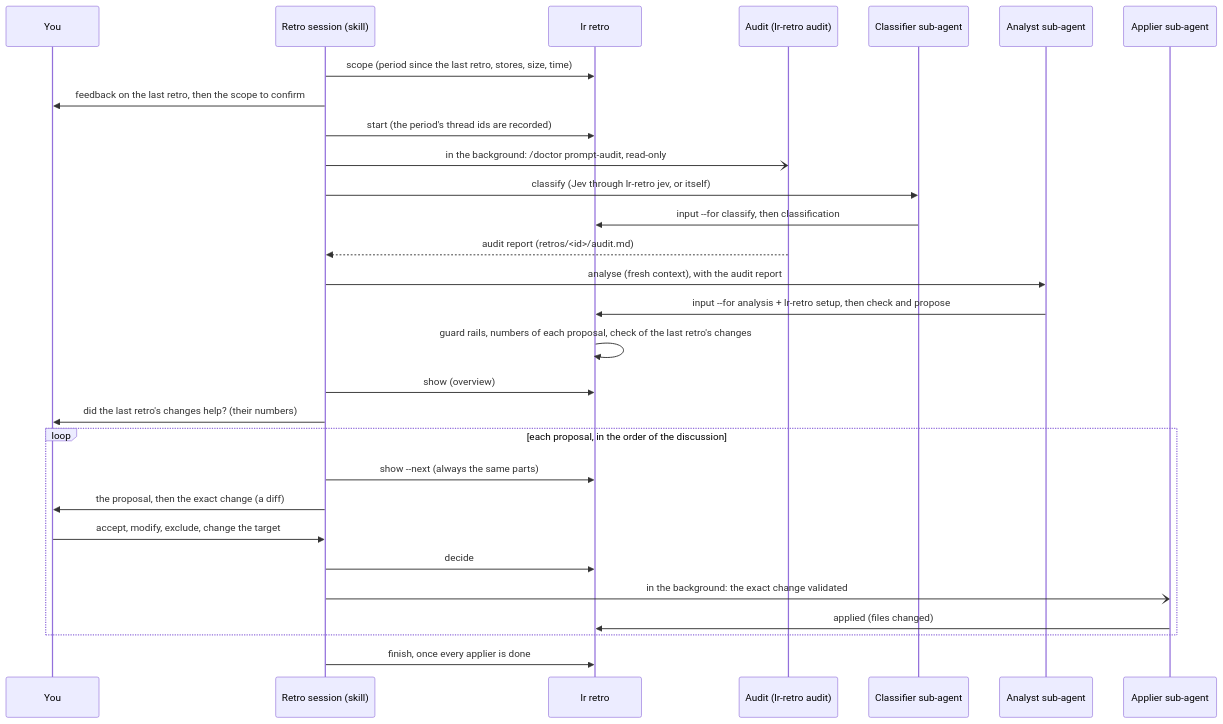
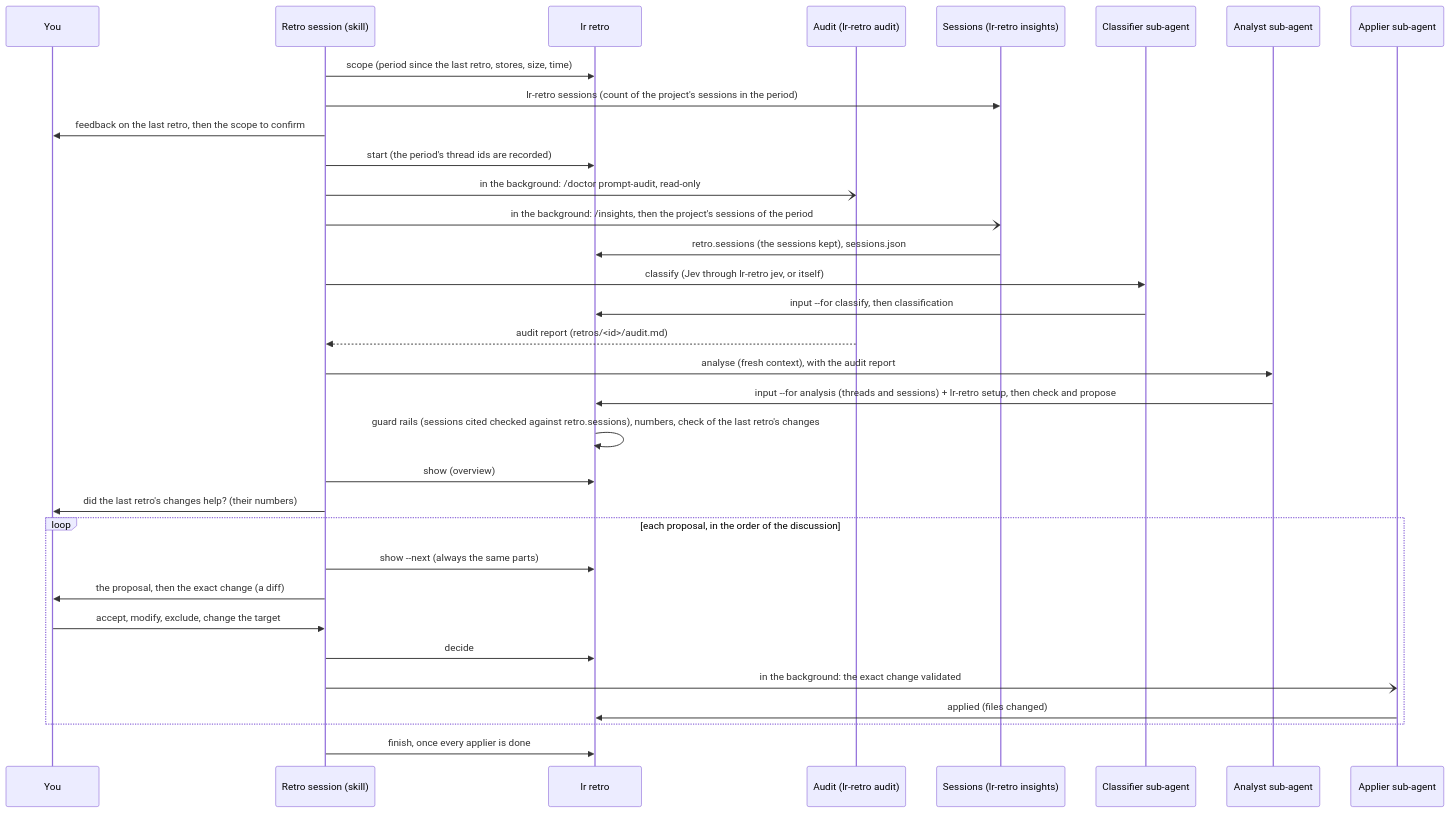
Before and after one commit to silykat/silykat: the second of 3 diagrams in docs/architecture.md, drawn with Mermaid. The commit also changed other lines of this file and 20 other files, not shown here.

First line of the commit message:
feat: read the agent's sessions of the project in retros, through /insights

````diff
--- a/docs/architecture.md
+++ b/docs/architecture.md
@@ -109,31 +109,35 @@
 ```mermaid
 sequenceDiagram
   participant U as You
   participant S as Retro session (skill)
   participant L as lr retro
   participant D as Audit (lr-retro audit)
+  participant I as Sessions (lr-retro insights)
   participant C as Classifier sub-agent
   participant A as Analyst sub-agent
   participant P as Applier sub-agent
   S->>L: scope (period since the last retro, stores, size, time)
+  S->>I: lr-retro sessions (count of the project's sessions in the period)
   S->>U: feedback on the last retro, then the scope to confirm
   S->>L: start (the period's thread ids are recorded)
   S-)D: in the background: /doctor prompt-audit, read-only
+  S-)I: in the background: /insights, then the project's sessions of the period
+  I->>L: retro.sessions (the sessions kept), sessions.json
   S->>C: classify (Jev through lr-retro jev, or itself)
   C->>L: input --for classify, then classification
   D-->>S: audit report (retros/<id>/audit.md)
   S->>A: analyse (fresh context), with the audit report
-  A->>L: input --for analysis + lr-retro setup, then check and propose
-  L->>L: guard rails, numbers of each proposal, check of the last retro's changes
+  A->>L: input --for analysis (threads and sessions) + lr-retro setup, then check and propose
+  L->>L: guard rails (sessions cited checked against retro.sessions), numbers, check of the last retro's changes
   S->>L: show (overview)
   S->>U: did the last retro's changes help? (their numbers)
   loop each proposal, in the order of the discussion
     S->>L: show --next (always the same parts)
     S->>U: the proposal, then the exact change (a diff)
     U->>S: accept, modify, exclude, change the target
     S->>L: decide
     S-)P: in the background: the exact change validated
     P->>L: applied (files changed)
   end
   S->>L: finish, once every applier is done
 ```
````
